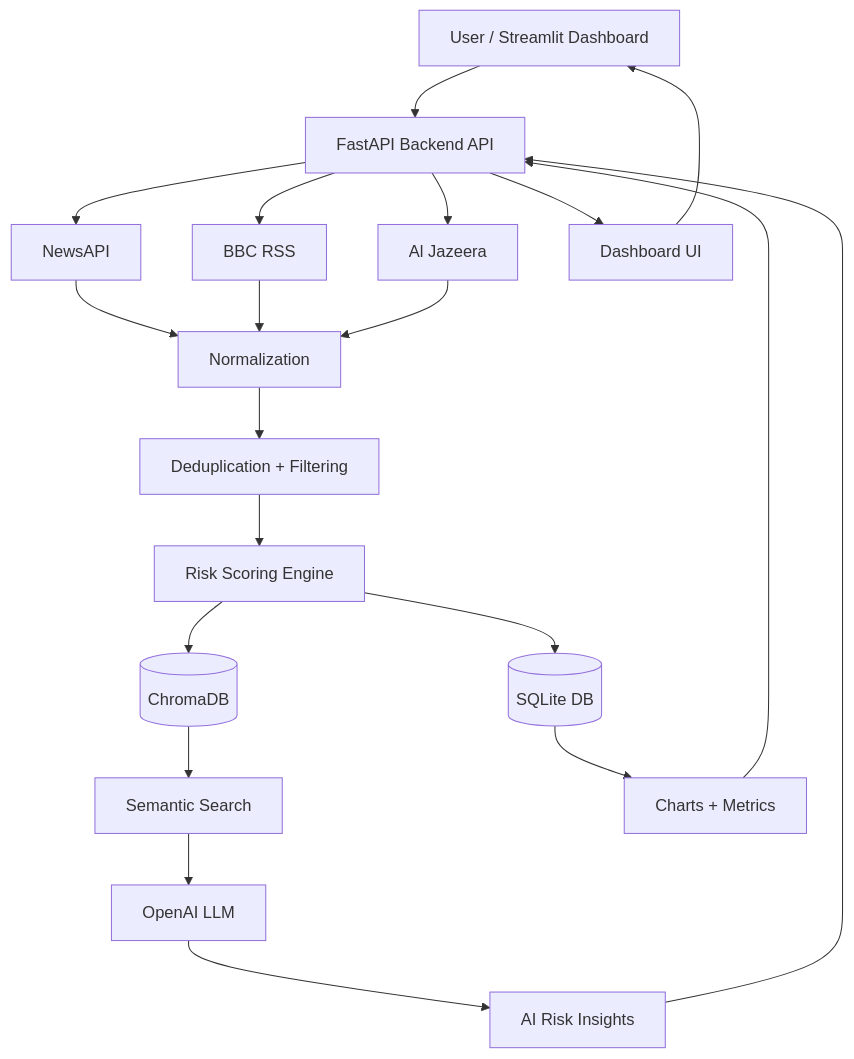
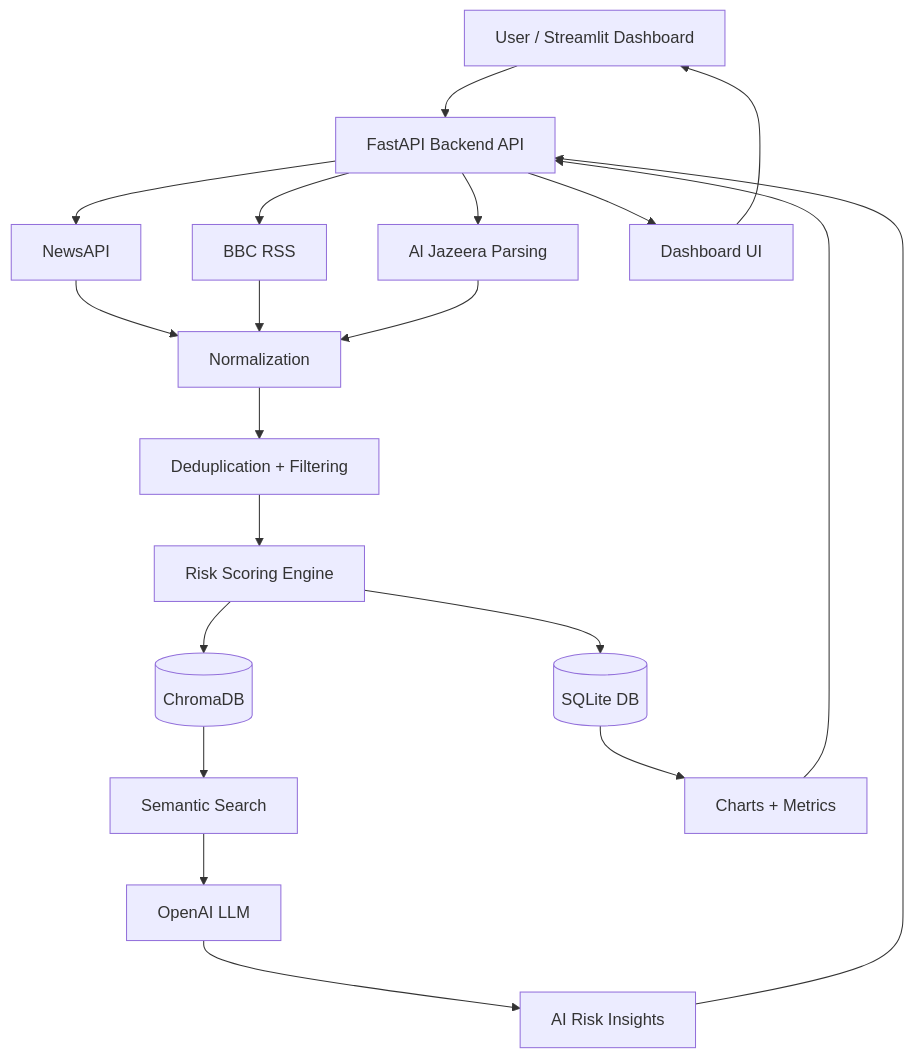
One commit to sabbir179/AEGIS-RISK changed the diagram in README.md. Above: the diagram before and after it, drawn with Mermaid. The commit also changed other lines of this file, not shown here.

````diff
--- a/README.md
+++ b/README.md
@@ -69,31 +69,31 @@
 ```mermaid
 flowchart TD
 
 A[User / Streamlit Dashboard] --> B[FastAPI Backend API]
 
 B --> C1[NewsAPI]
 B --> C2[BBC RSS]
-B --> C3[Al Jazeera]
+B --> C3[Al Jazeera Parsing]
 
 C1 --> D[Normalization]
 C2 --> D
 C3 --> D
 
 D --> E[Deduplication + Filtering]
 E --> F[Risk Scoring Engine]
 
 F --> G[(SQLite DB)]
 F --> H[(ChromaDB)]
 
 H --> I[Semantic Search]
 I --> J[OpenAI LLM]
 
 J --> K[AI Risk Insights]
 
 G --> L[Charts + Metrics]
 K --> B
 L --> B
 
 B --> M[Dashboard UI]
 M --> A
 ```
````
